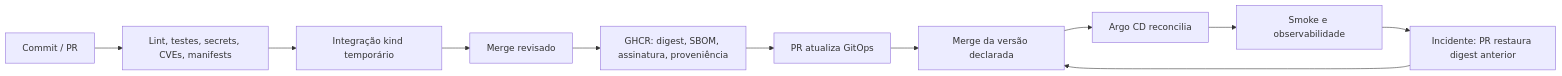
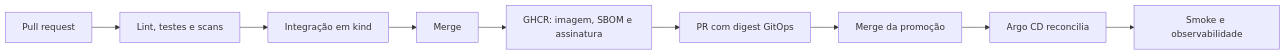
Before and after one commit to tommmdl/deployment-flow-mock: the first of 2 diagrams in README.md, drawn with Mermaid. The commit also changed other lines of this file and 2 other files, not shown here.

````diff
--- a/README.md
+++ b/README.md
@@ -50,13 +24,11 @@
 ```mermaid
 flowchart LR
-  C[Commit / PR] --> T[Lint, testes, secrets, CVEs, manifests]
-  T --> K[Integração kind temporário]
-  K --> M[Merge revisado]
-  M --> A[GHCR: digest, SBOM, assinatura, proveniência]
-  A --> P[PR atualiza GitOps]
-  P --> G[Merge da versão declarada]
+  C[Pull request] --> T[Lint, testes e scans]
+  T --> K[Integração em kind]
+  K --> M[Merge]
+  M --> A[GHCR: imagem, SBOM e assinatura]
+  A --> P[PR com digest GitOps]
+  P --> G[Merge da promoção]
   G --> D[Argo CD reconcilia]
   D --> O[Smoke e observabilidade]
-  O --> R[Incidente: PR restaura digest anterior]
-  R --> G
 ```
````
